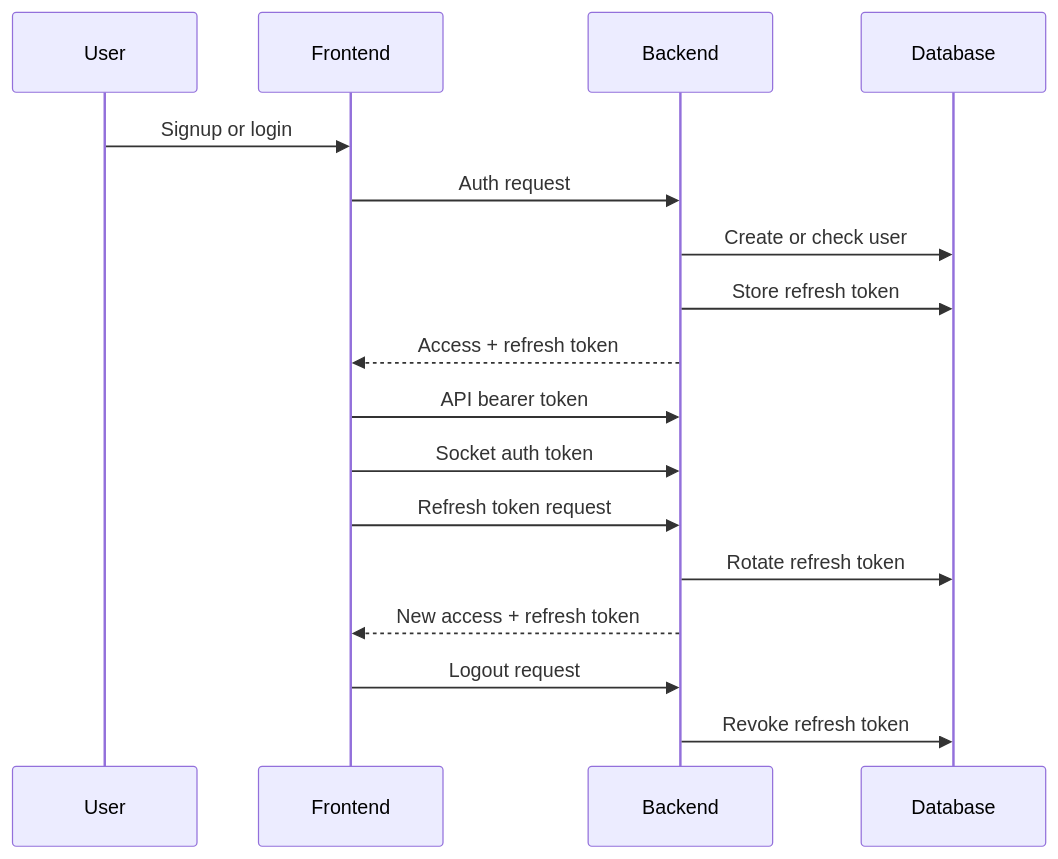
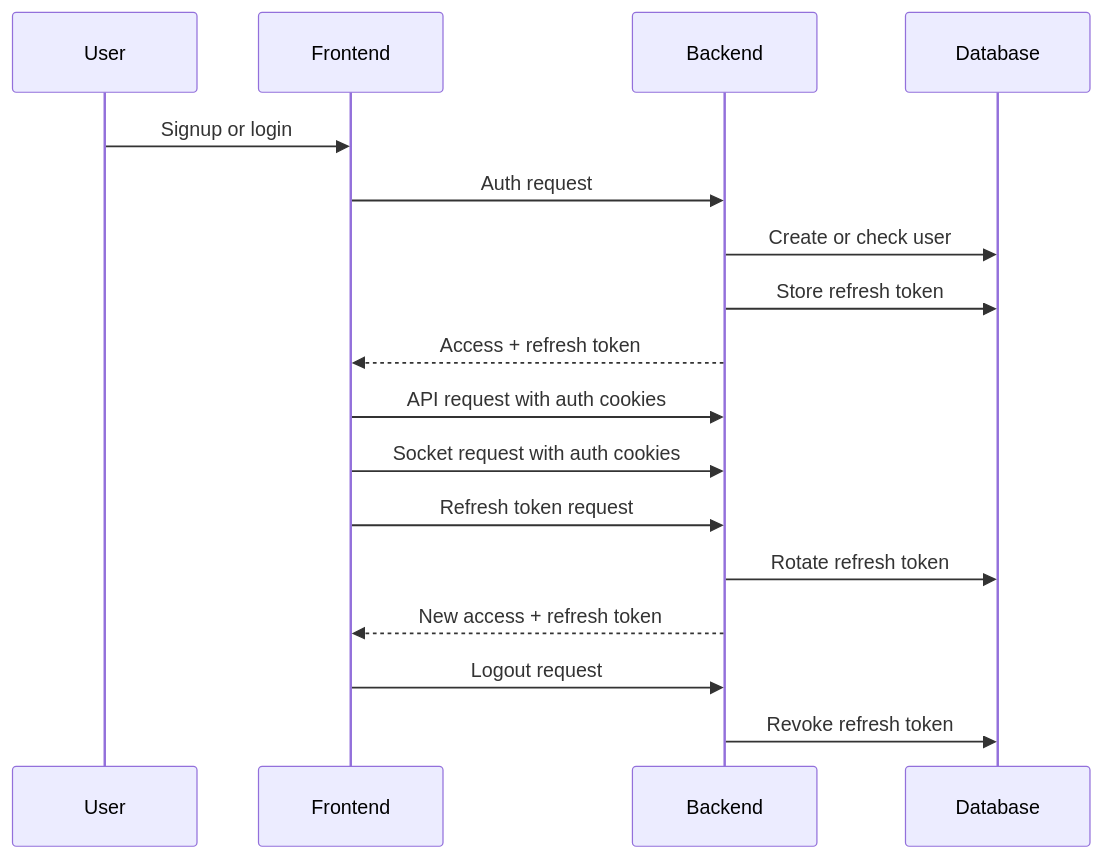
One commit to Nanborg/ft_transcendence changed the diagram in docs/modules/auth-users.md. Above: the diagram before and after it, drawn with Mermaid. The commit also changed other lines of this file and 6 other files, not shown here.

````diff
--- a/docs/modules/auth-users.md
+++ b/docs/modules/auth-users.md
@@ -60,19 +61,19 @@
 ```mermaid
 sequenceDiagram
   participant User
   participant Frontend
   participant Backend
   participant Database
   User->>Frontend: Signup or login
   Frontend->>Backend: Auth request
   Backend->>Database: Create or check user
   Backend->>Database: Store refresh token
   Backend-->>Frontend: Access + refresh token
-  Frontend->>Backend: API bearer token
-  Frontend->>Backend: Socket auth token
+  Frontend->>Backend: API request with auth cookies
+  Frontend->>Backend: Socket request with auth cookies
   Frontend->>Backend: Refresh token request
   Backend->>Database: Rotate refresh token
   Backend-->>Frontend: New access + refresh token
   Frontend->>Backend: Logout request
   Backend->>Database: Revoke refresh token
 ```
````
